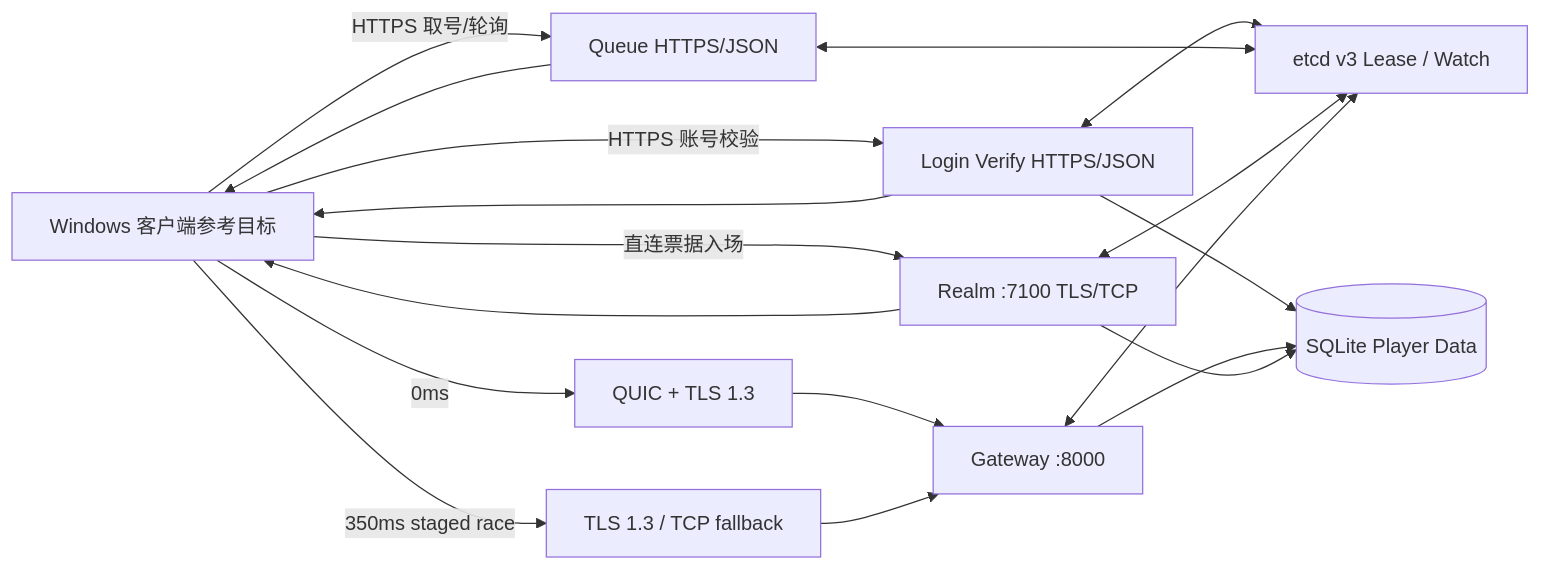
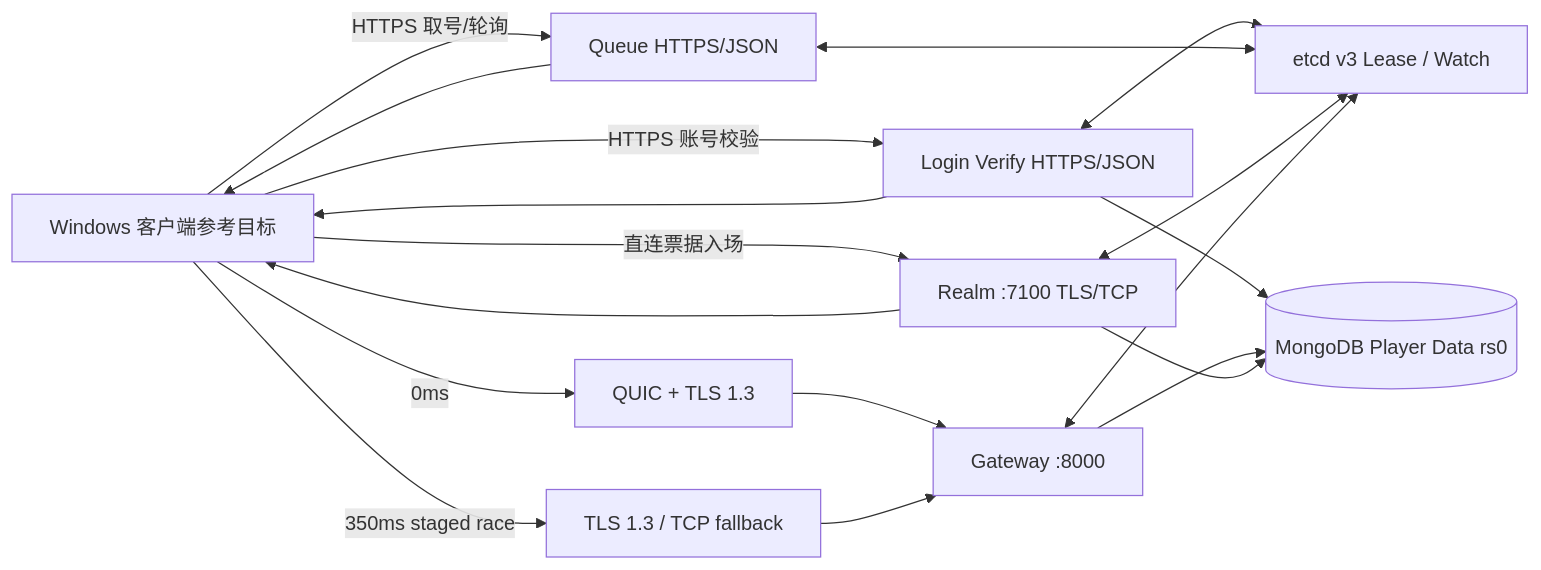
Before and after one commit to lvivvde/RealmMesh: the first of 5 diagrams in docs/architecture.md, drawn with Mermaid. The commit also changed other lines of this file and 41 other files, not shown here.

First line of the commit message:
feat(player-data): replace SQLite with MongoDB as authoritative player data (#99)

````diff
--- a/docs/architecture.md
+++ b/docs/architecture.md
@@ -5,25 +5,25 @@
 ```mermaid
 flowchart LR
     Client[Windows 客户端参考目标]
     LoginVerify[Login Verify HTTPS/JSON]
     Queue[Queue HTTPS/JSON]
     Realm[Realm :7100 TLS/TCP]
     Gateway[Gateway :8000]
     Quic[QUIC + TLS 1.3]
     TlsTcp[TLS 1.3 / TCP fallback]
     Etcd[etcd v3 Lease / Watch]
-    PlayerData[(SQLite Player Data)]
+    PlayerData[(MongoDB Player Data rs0)]
 
     Client -->|HTTPS 账号校验| LoginVerify --> Client
     Client -->|HTTPS 取号/轮询| Queue --> Client
     Client -->|0ms| Quic --> Gateway
     Client -->|350ms staged race| TlsTcp --> Gateway
     Client -->|直连票据入场| Realm --> Client
     LoginVerify <--> Etcd
     Queue <--> Etcd
     Realm <--> Etcd
     Gateway <--> Etcd
     LoginVerify --> PlayerData
     Gateway --> PlayerData
     Realm --> PlayerData
 ```
````
